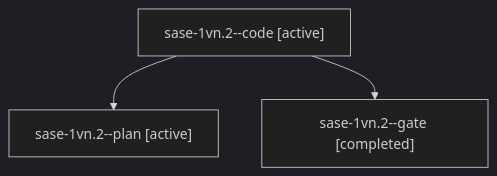
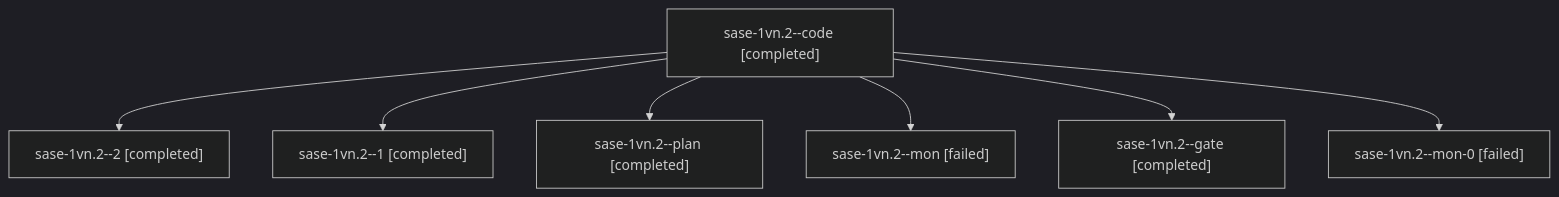
One commit to sase-org/sase--agents changed the diagram in sessions/bbugyi200.athena.sase-1vn.2.md. Above: the diagram before and after it, drawn with Mermaid (dark theme). The commit also changed other lines of this file and 49 other files, not shown here.

````diff
--- a/sessions/bbugyi200.athena.sase-1vn.2.md
+++ b/sessions/bbugyi200.athena.sase-1vn.2.md
@@ -9,8 +9,16 @@
 ```mermaid
 flowchart TD
-  n0["sase-1vn.2--code [active]"]
-  n1["sase-1vn.2--plan [active]"]
+  n0["sase-1vn.2--code [completed]"]
+  n1["sase-1vn.2--2 [completed]"]
   n0 --> n1
-  n2["sase-1vn.2--gate [completed]"]
+  n2["sase-1vn.2--1 [completed]"]
   n0 --> n2
+  n3["sase-1vn.2--plan [completed]"]
+  n0 --> n3
+  n4["sase-1vn.2--mon [failed]"]
+  n0 --> n4
+  n5["sase-1vn.2--gate [completed]"]
+  n0 --> n5
+  n6["sase-1vn.2--mon-0 [failed]"]
+  n0 --> n6
 ```
````
